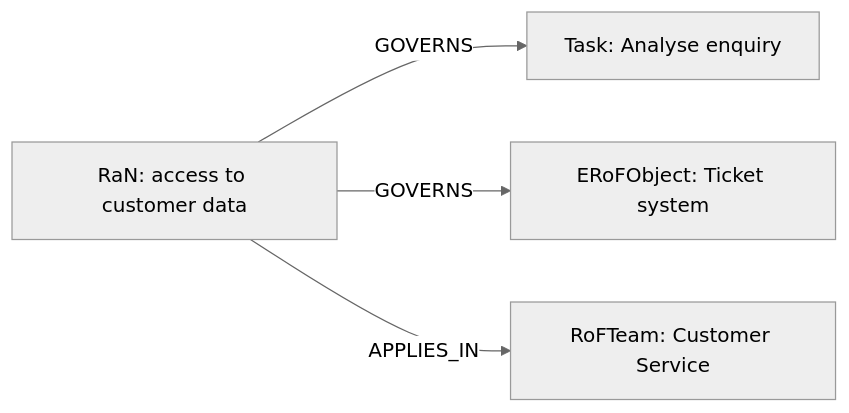
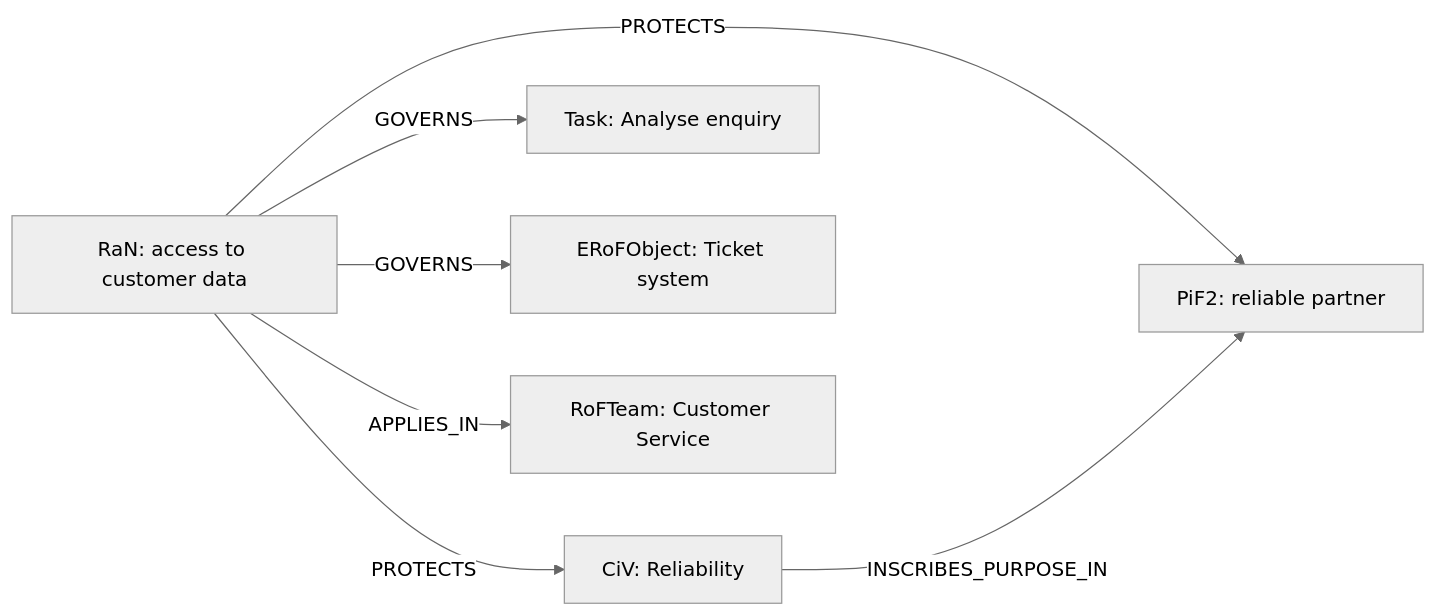
The seventh of 12 diagrams in docs/en/guides/JCI_EXAMPLE.md (eeimicke/junaco-jci-loop), drawn with Mermaid (neutral theme) before and after one commit. The commit also changed other lines of this file and 43 other files, not shown here.

````diff
--- a/docs/en/guides/JCI_EXAMPLE.md
+++ b/docs/en/guides/JCI_EXAMPLE.md
@@ -198,7 +201,10 @@
 ```mermaid
 flowchart LR
     Rule[RaN: access to customer data]
+    Rule -->|PROTECTS| Value[CiV: Reliability]
+    Rule -->|PROTECTS| Future[PiF2: reliable partner]
+    Value -->|INSCRIBES_PURPOSE_IN| Future
     Rule -->|GOVERNS| Task[Task: Analyse enquiry]
     Rule -->|GOVERNS| Object[ERoFObject: Ticket system]
     Rule -->|APPLIES_IN| Team[RoFTeam: Customer Service]
 ```
````
